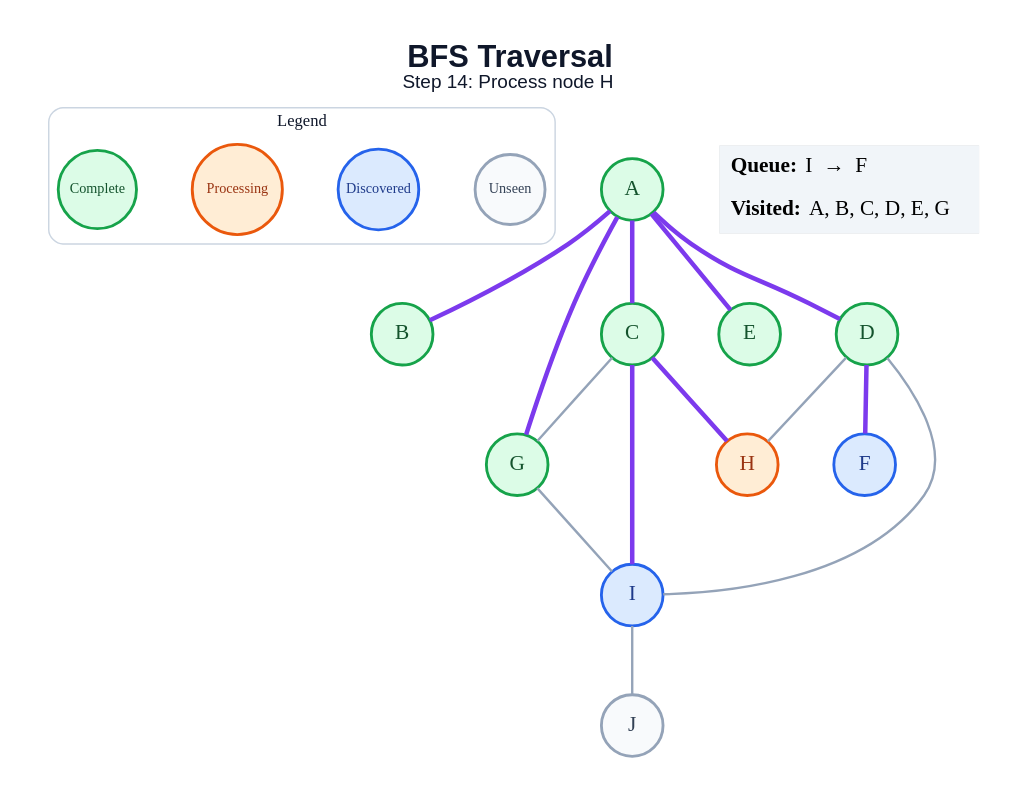
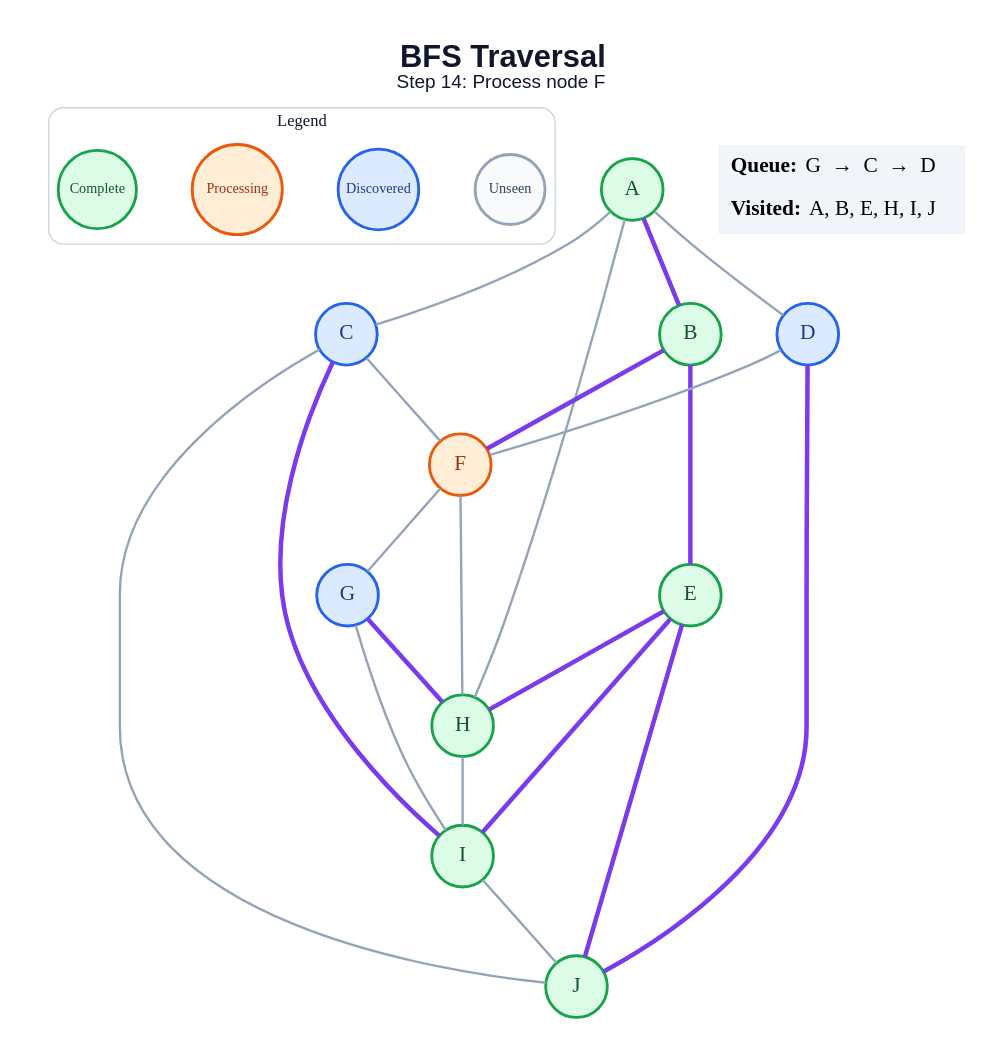
Before and after one commit to amanghodawala9/ai-slop: the diagram in generated/specific-node/bfs/step_14.dot, drawn with Graphviz. The commit also changed 178 other files, not shown here.

```diff
--- a/generated/specific-node/bfs/step_14.dot
+++ b/generated/specific-node/bfs/step_14.dot
@@ -1,42 +1,49 @@
 graph traversal {
   graph [layout=dot, rankdir=TB, bgcolor="#FFFFFF", pad="0.35", nodesep="0.65", ranksep="0.8", fontname="Arial"];
   node [shape=circle, style="filled", fontname="Arial Bold", fontsize=18, width=0.72, fixedsize=true, penwidth=2.4];
   edge [color="#94A3B8", penwidth=2.0];
-  label=<<B>BFS Traversal</B><BR/><FONT POINT-SIZE="16">Step 14: Process node H</FONT>>; labelloc="t"; fontsize=26; fontname="Arial"; fontcolor="#0F172A";
+  label=<<B>BFS Traversal</B><BR/><FONT POINT-SIZE="16">Step 14: Process node F</FONT>>; labelloc="t"; fontsize=26; fontname="Arial"; fontcolor="#0F172A";
   subgraph cluster_legend { label="Legend"; color="#CBD5E1"; penwidth=1.2; style="rounded"; fontsize=14; fontname="Arial Bold";
     key_unseen [label="Unseen", fillcolor="#F8FAFC", color="#94A3B8", fontcolor="#334155", fontsize=12, width=0.82];
     key_frontier [label="Discovered", fillcolor="#DBEAFE", color="#2563EB", fontcolor="#1E3A8A", fontsize=12, width=0.95];
     key_current [label="Processing", fillcolor="#FFEDD5", color="#EA580C", fontcolor="#9A3412", fontsize=12, width=1.05];
     key_done [label="Complete", fillcolor="#DCFCE7", color="#16A34A", fontcolor="#14532D", fontsize=12, width=0.92];
     { rank=same; key_unseen; key_frontier; key_current; key_done; }
   }
   A [fillcolor="#DCFCE7", color="#16A34A", fontcolor="#14532D"];
   B [fillcolor="#DCFCE7", color="#16A34A", fontcolor="#14532D"];
-  C [fillcolor="#DCFCE7", color="#16A34A", fontcolor="#14532D"];
-  D [fillcolor="#DCFCE7", color="#16A34A", fontcolor="#14532D"];
+  C [fillcolor="#DBEAFE", color="#2563EB", fontcolor="#1E3A8A"];
+  D [fillcolor="#DBEAFE", color="#2563EB", fontcolor="#1E3A8A"];
   E [fillcolor="#DCFCE7", color="#16A34A", fontcolor="#14532D"];
-  F [fillcolor="#DBEAFE", color="#2563EB", fontcolor="#1E3A8A"];
-  G [fillcolor="#DCFCE7", color="#16A34A", fontcolor="#14532D"];
-  H [fillcolor="#FFEDD5", color="#EA580C", fontcolor="#9A3412"];
-  I [fillcolor="#DBEAFE", color="#2563EB", fontcolor="#1E3A8A"];
-  J [fillcolor="#F8FAFC", color="#94A3B8", fontcolor="#334155"];
+  F [fillcolor="#FFEDD5", color="#EA580C", fontcolor="#9A3412"];
+  G [fillcolor="#DBEAFE", color="#2563EB", fontcolor="#1E3A8A"];
+  H [fillcolor="#DCFCE7", color="#16A34A", fontcolor="#14532D"];
+  I [fillcolor="#DCFCE7", color="#16A34A", fontcolor="#14532D"];
+  J [fillcolor="#DCFCE7", color="#16A34A", fontcolor="#14532D"];
   A -- B [color="#7C3AED", penwidth=3.8];
-  A -- C [color="#7C3AED", penwidth=3.8];
-  A -- D [color="#7C3AED", penwidth=3.8];
-  A -- E [color="#7C3AED", penwidth=3.8];
-  A -- G [color="#7C3AED", penwidth=3.8];
-  C -- G;
-  C -- H [color="#7C3AED", penwidth=3.8];
+  A -- C;
+  A -- D;
+  A -- H;
+  B -- E [color="#7C3AED", penwidth=3.8];
+  B -- F [color="#7C3AED", penwidth=3.8];
+  C -- F;
   C -- I [color="#7C3AED", penwidth=3.8];
-  D -- F [color="#7C3AED", penwidth=3.8];
-  D -- H;
-  D -- I;
+  C -- J;
+  D -- F;
+  D -- J [color="#7C3AED", penwidth=3.8];
+  E -- H [color="#7C3AED", penwidth=3.8];
+  E -- I [color="#7C3AED", penwidth=3.8];
+  E -- J [color="#7C3AED", penwidth=3.8];
+  F -- G;
+  F -- H;
+  G -- H [color="#7C3AED", penwidth=3.8];
   G -- I;
+  H -- I;
   I -- J;
   status [shape=plain, fixedsize=false, width=0, height=0, margin=0, label=<
     <TABLE BORDER="0" CELLBORDER="0" CELLPADDING="7" BGCOLOR="#F1F5F9">
-      <TR><TD ALIGN="LEFT"><B>Queue:</B> I  →  F</TD></TR>
-      <TR><TD ALIGN="LEFT"><B>Visited:</B> A, B, C, D, E, G</TD></TR>
+      <TR><TD ALIGN="LEFT"><B>Queue:</B> G  →  C  →  D</TD></TR>
+      <TR><TD ALIGN="LEFT"><B>Visited:</B> A, B, E, H, I, J</TD></TR>
     </TABLE>
   >];
 }
```
